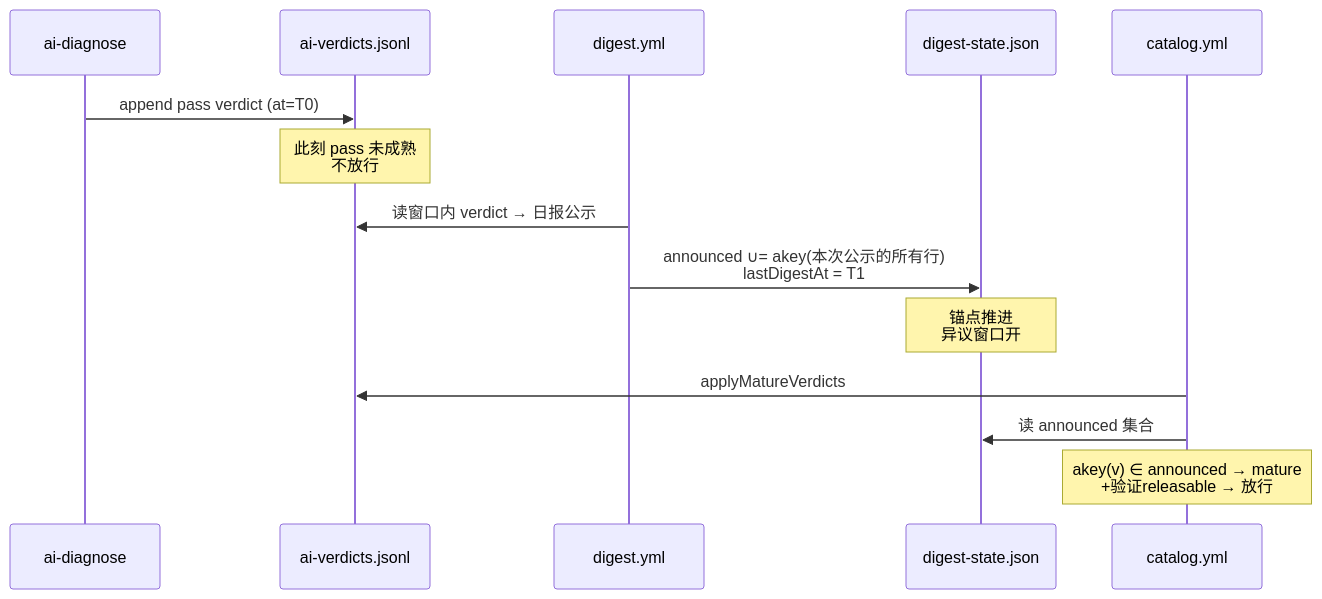
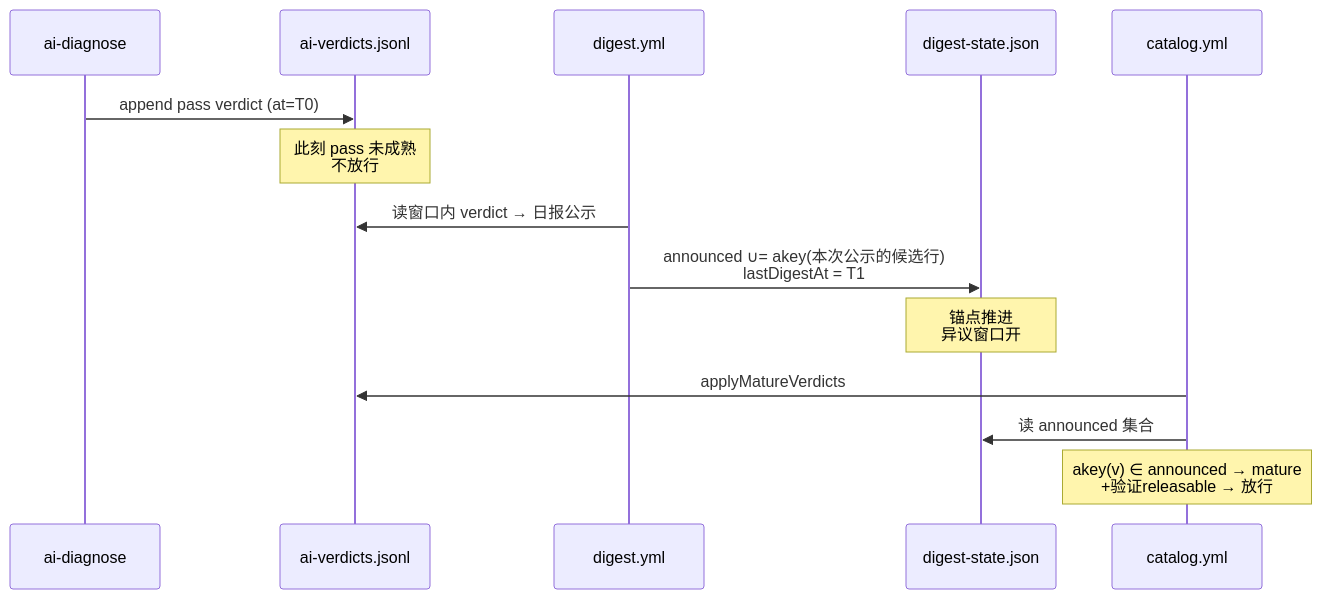
One commit to awesome-market/awesome-opencode-market changed the seventh of 11 diagrams in docs/DATA-FLOWS.md. Above: the diagram before and after it, drawn with Mermaid. The commit also changed other lines of this file and 58 other files, not shown here.

````diff
--- a/docs/DATA-FLOWS.md
+++ b/docs/DATA-FLOWS.md
@@ -633,16 +767,16 @@
 ```mermaid
 sequenceDiagram
   participant AI as ai-diagnose
   participant VJ as ai-verdicts.jsonl
   participant DG as digest.yml
   participant ST as digest-state.json
   participant CAT as catalog.yml
   AI->>VJ: append pass verdict (at=T0)
   Note over VJ: 此刻 pass 未成熟<br/>不放行
   DG->>VJ: 读窗口内 verdict → 日报公示
-  DG->>ST: announced ∪= akey(本次公示的所有行)<br/>lastDigestAt = T1
+  DG->>ST: announced ∪= akey(本次公示的候选行)<br/>lastDigestAt = T1
   Note over ST: 锚点推进<br/>异议窗口开
   CAT->>VJ: applyMatureVerdicts
   CAT->>ST: 读 announced 集合
   Note over CAT: akey(v) ∈ announced → mature<br/>+验证releasable → 放行
 ```
````
